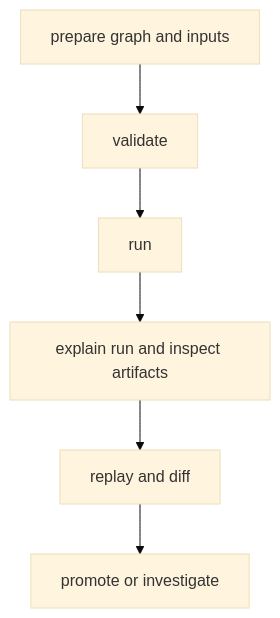
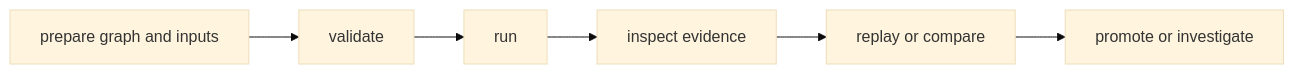
Before and after one commit to bijux/bijux-cli: the diagram in docs/bijux-dag/operations/common-workflows.md, drawn with Mermaid (base theme). The commit also changed other lines of this file and 1 other file, not shown here.

````diff
--- a/docs/bijux-dag/operations/common-workflows.md
+++ b/docs/bijux-dag/operations/common-workflows.md
@@ -19,8 +19,8 @@
 ```mermaid
-flowchart TD
+flowchart LR
     define["prepare graph and inputs"] --> validate["validate"]
-    validate --> execute["run"]
-    execute --> inspect["explain run and inspect artifacts"]
-    inspect --> compare["replay and diff"]
-    compare --> decide["promote or investigate"]
+    validate --> run["run"]
+    run --> inspect["inspect evidence"]
+    inspect --> reproduce["replay or compare"]
+    reproduce --> decide["promote or investigate"]
 ```
````
